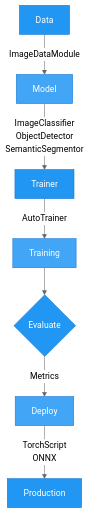
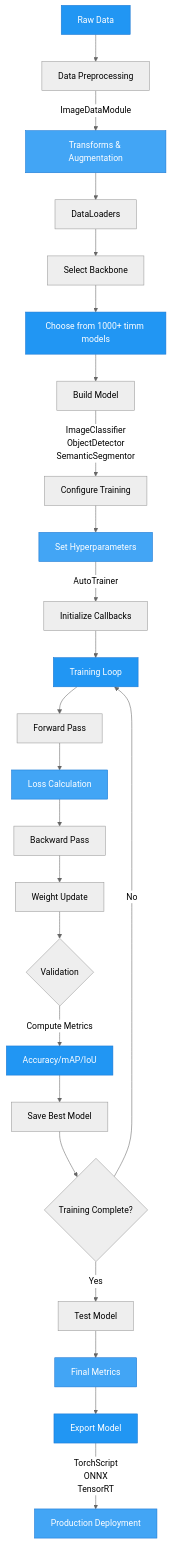
One commit to theja-vanka/AutoTimm changed the diagram in docs/index.md. Above: the diagram before and after it, drawn with Mermaid (neutral theme). The commit also changed 48 other files, not shown here.

````diff
--- a/docs/index.md
+++ b/docs/index.md
@@ -10,17 +10,42 @@
 ```mermaid
 graph TD
-    A[Data] -->|ImageDataModule| B[Model]
-    B -->|ImageClassifier<br/>ObjectDetector<br/>SemanticSegmentor| C[Trainer]
-    C -->|AutoTrainer| D[Training]
-    D --> E{Evaluate}
-    E -->|Metrics| F[Deploy]
-    F -->|TorchScript<br/>ONNX| G[Production]
+    A[Raw Data] --> A1[Data Preprocessing]
+    A1 -->|ImageDataModule| A2[Transforms & Augmentation]
+    A2 --> A3[DataLoaders]
+    
+    A3 --> B[Select Backbone]
+    B --> B1[Choose from 1000+ timm models]
+    B1 --> B2[Build Model]
+    B2 -->|ImageClassifier<br/>ObjectDetector<br/>SemanticSegmentor| C[Configure Training]
+    
+    C --> C1[Set Hyperparameters]
+    C1 -->|AutoTrainer| C2[Initialize Callbacks]
+    C2 --> D[Training Loop]
+    
+    D --> D1[Forward Pass]
+    D1 --> D2[Loss Calculation]
+    D2 --> D3[Backward Pass]
+    D3 --> D4[Weight Update]
+    D4 --> E{Validation}
+    
+    E -->|Compute Metrics| E1[Accuracy/mAP/IoU]
+    E1 --> E2[Save Best Model]
+    E2 --> E3{Training Complete?}
+    E3 -->|No| D
+    E3 -->|Yes| F[Test Model]
+    
+    F --> F1[Final Metrics]
+    F1 --> G[Export Model]
+    G -->|TorchScript<br/>ONNX<br/>TensorRT| H[Production Deployment]
     
     style A fill:#2196F3,stroke:#1976D2,color:#fff
-    style B fill:#42A5F5,stroke:#1976D2,color:#fff
-    style C fill:#2196F3,stroke:#1976D2,color:#fff
-    style D fill:#42A5F5,stroke:#1976D2,color:#fff
-    style E fill:#2196F3,stroke:#1976D2,color:#fff
-    style F fill:#42A5F5,stroke:#1976D2,color:#fff
+    style A2 fill:#42A5F5,stroke:#1976D2,color:#fff
+    style B1 fill:#2196F3,stroke:#1976D2,color:#fff
+    style C1 fill:#42A5F5,stroke:#1976D2,color:#fff
+    style D fill:#2196F3,stroke:#1976D2,color:#fff
+    style D2 fill:#42A5F5,stroke:#1976D2,color:#fff
+    style E1 fill:#2196F3,stroke:#1976D2,color:#fff
+    style F1 fill:#42A5F5,stroke:#1976D2,color:#fff
     style G fill:#2196F3,stroke:#1976D2,color:#fff
+    style H fill:#42A5F5,stroke:#1976D2,color:#fff
 ```
````
